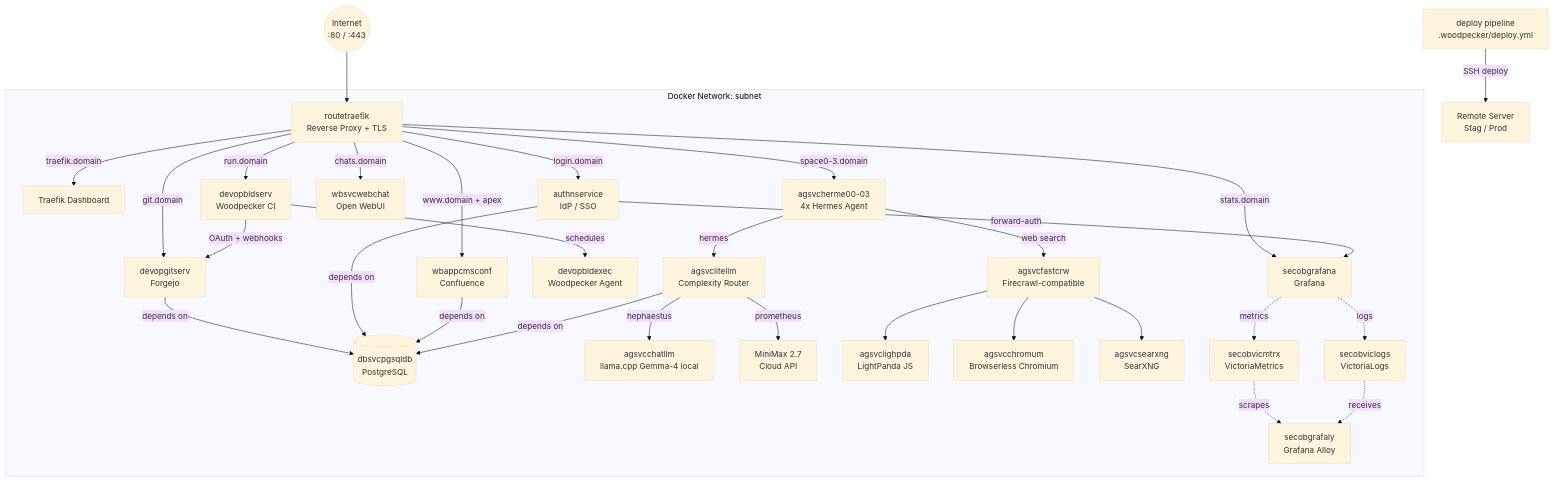
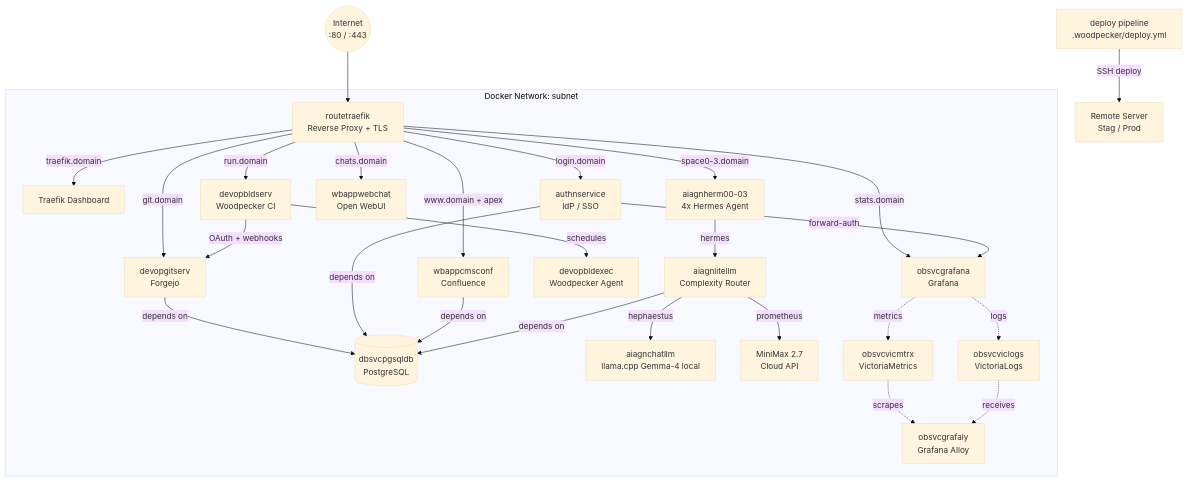
Before and after one commit to yongxinL/servicehub: the first of 2 diagrams in README.md, drawn with Mermaid (base theme). The commit also changed other lines of this file and 8 other files, not shown here.

````diff
--- a/README.md
+++ b/README.md
@@ -52,37 +42,33 @@
 ```mermaid
 graph TD
     Internet((Internet\n:80 / :443))
     Internet --> Traefik
 
     subgraph subnet[Docker Network: subnet]
         Traefik[routetraefik\nReverse Proxy + TLS]
         Traefik -->|traefik.domain| Dashboard[Traefik Dashboard]
         Traefik -->|login.domain| Authentik[authnservice\nIdP / SSO]
         Traefik -->|git.domain| Forgejo[devopgitserv\nForgejo]
         Traefik -->|run.domain| Woodpecker[devopbldserv\nWoodpecker CI]
         Traefik -->|www.domain + apex| Confluence[wbappcmsconf\nConfluence]
-        Traefik -->|chats.domain| OpenWebUI[wbsvcwebchat\nOpen WebUI]
-        Traefik -->|space0-3.domain| Hermes[agsvcherme00-03\n4x Hermes Agent]
-        Traefik -->|stats.domain| Grafana[secobgrafana\nGrafana]
+        Traefik -->|chats.domain| OpenWebUI[wbappwebchat\nOpen WebUI]
+        Traefik -->|space0-3.domain| Hermes[aiagnherm00-03\n4x Hermes Agent]
+        Traefik -->|stats.domain| Grafana[obsvcgrafana\nGrafana]
         Authentik -->|forward-auth| Grafana
         Forgejo -->|depends on| PostgreSQL[(dbsvcpgsqldb\nPostgreSQL)]
         Authentik -->|depends on| PostgreSQL
         Confluence -->|depends on| PostgreSQL
         Woodpecker -->|OAuth + webhooks| Forgejo
         Woodpecker -->|schedules| Agent[devopbldexec\nWoodpecker Agent]
-        Hermes -->|hermes| LiteLLM[agsvclitellm\nComplexity Router]
+        Hermes -->|hermes| LiteLLM[aiagnlitellm\nComplexity Router]
         LiteLLM -->|depends on| PostgreSQL
-        LiteLLM -->|hephaestus| Gemma[agsvcchatllm\nllama.cpp Gemma-4 local]
+        LiteLLM -->|hephaestus| Gemma[aiagnchatllm\nllama.cpp Gemma-4 local]
         LiteLLM -->|prometheus| MiniMax[MiniMax 2.7\nCloud API]
-        Hermes -->|web search| FastCRW[agsvcfastcrw\nFirecrawl-compatible]
-        FastCRW --> LightPanda[agsvclighpda\nLightPanda JS]
-        FastCRW --> Chromium[agsvcchromum\nBrowserless Chromium]
-        FastCRW --> SearXNG[agsvcsearxng\nSearXNG]
-        Grafana -.->|metrics| VM[secobvicmtrx\nVictoriaMetrics]
-        Grafana -.->|logs| VL[secobviclogs\nVictoriaLogs]
-        VM -.->|scrapes| Alloy[secobgrafaly\nGrafana Alloy]
+        Grafana -.->|metrics| VM[obsvcvicmtrx\nVictoriaMetrics]
+        Grafana -.->|logs| VL[obsvcviclogs\nVictoriaLogs]
+        VM -.->|scrapes| Alloy[obsvcgrafaly\nGrafana Alloy]
         VL -.->|receives| Alloy
     end
 
     WPDeploy[deploy pipeline\n.woodpecker/deploy.yml] -->|SSH deploy| RemoteServer[Remote Server\nStag / Prod]
 ```
````
